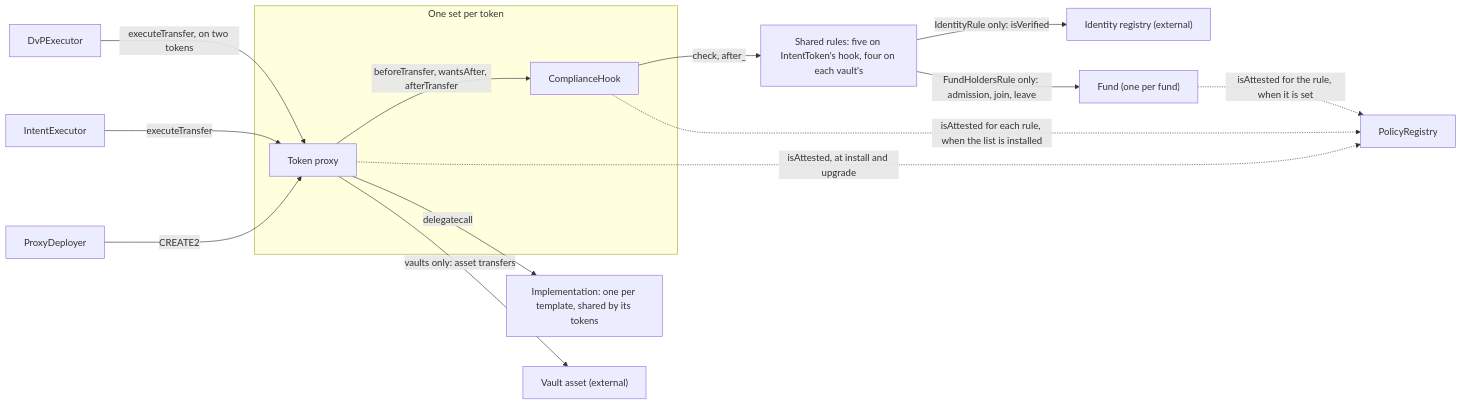
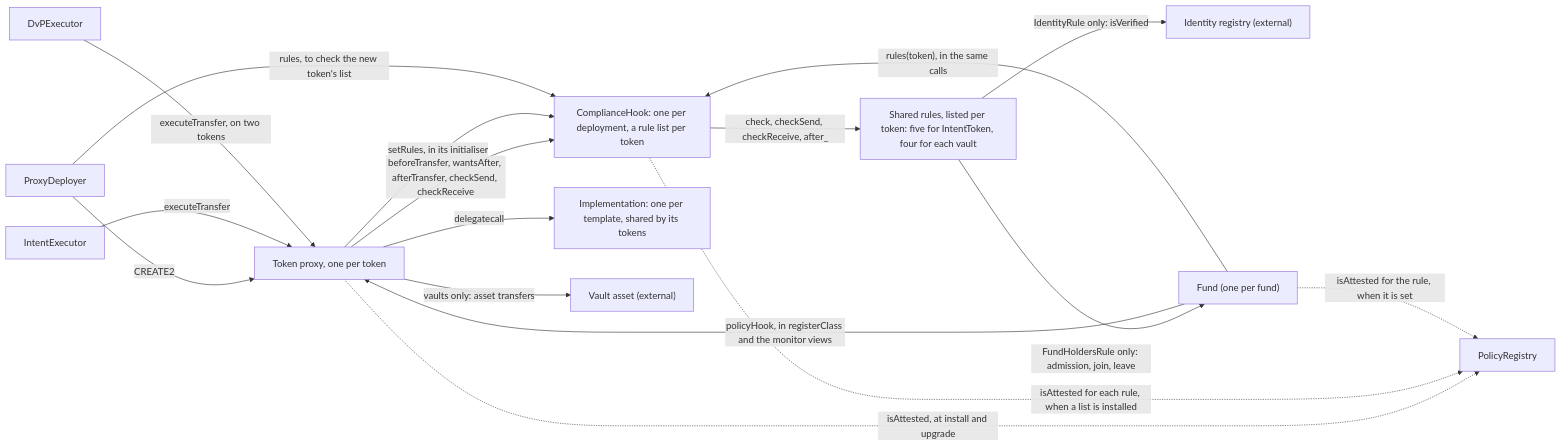
Before and after one commit to fepvenancio/rwa-token: the first of 3 diagrams in docs/architecture.md, drawn with Mermaid. The commit also changed other lines of this file and 13 other files, not shown here.

````diff
--- a/docs/architecture.md
+++ b/docs/architecture.md
@@ -39,19 +39,19 @@
 ```mermaid
 flowchart LR
-  PD["ProxyDeployer"] -->|"CREATE2"| Proxy
+  PD["ProxyDeployer"] -->|"CREATE2"| Proxy["Token proxy, one per token"]
   Exec["IntentExecutor"] -->|"executeTransfer"| Proxy
   DvP["DvPExecutor"] -->|"executeTransfer, on two tokens"| Proxy
-  subgraph PerToken["One set per token"]
-    Proxy["Token proxy"]
-    Hook["ComplianceHook"]
-    Proxy -->|"beforeTransfer, wantsAfter, afterTransfer"| Hook
-  end
+  Proxy -->|"beforeTransfer, wantsAfter, afterTransfer, checkSend, checkReceive"| Hook["ComplianceHook: one per deployment, a rule list per token"]
+  Proxy -->|"setRules, in its initialiser"| Hook
+  PD -->|"rules, to check the new token's list"| Hook
   Proxy -->|"delegatecall"| Impl["Implementation: one per template, shared by its tokens"]
-  Hook -->|"check, after_"| Rules["Shared rules: five on IntentToken's hook, four on each vault's"]
+  Hook -->|"check, checkSend, checkReceive, after_"| Rules["Shared rules, listed per token: five for IntentToken, four for each vault"]
   Rules -->|"IdentityRule only: isVerified"| IdReg["Identity registry (external)"]
   Rules -->|"FundHoldersRule only: admission, join, leave"| Fund["Fund (one per fund)"]
+  Fund -->|"policyHook, in registerClass and the monitor views"| Proxy
+  Fund -->|"rules(token), in the same calls"| Hook
   Proxy -->|"vaults only: asset transfers"| Asset["Vault asset (external)"]
   Proxy -.->|"isAttested, at install and upgrade"| Reg["PolicyRegistry"]
-  Hook -.->|"isAttested for each rule, when the list is installed"| Reg
+  Hook -.->|"isAttested for each rule, when a list is installed"| Reg
   Fund -.->|"isAttested for the rule, when it is set"| Reg
 ```
````
